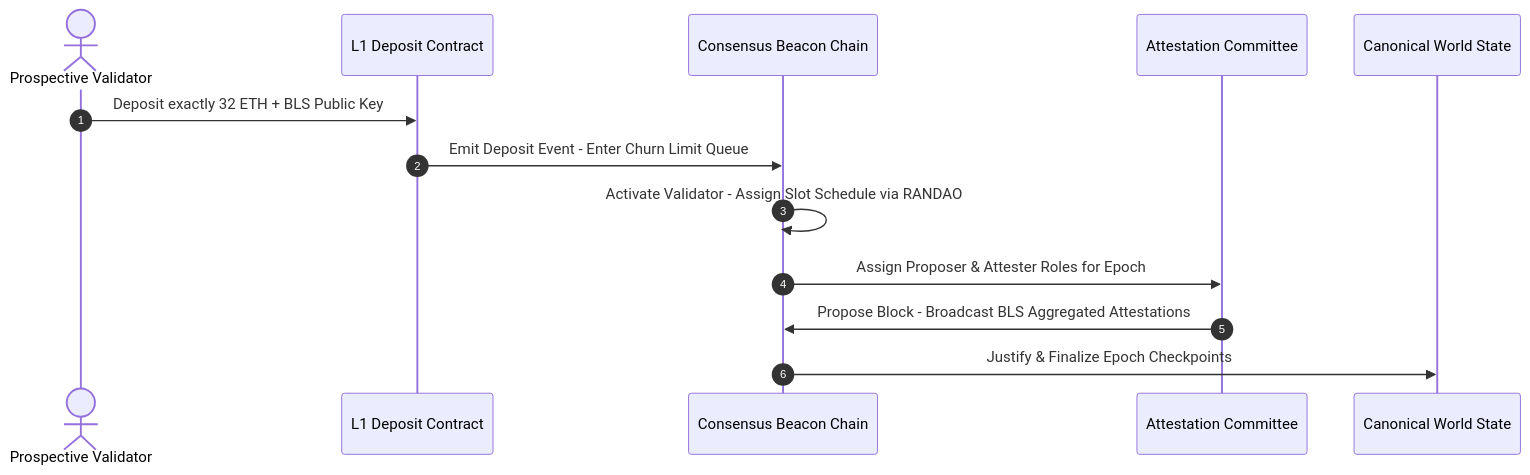
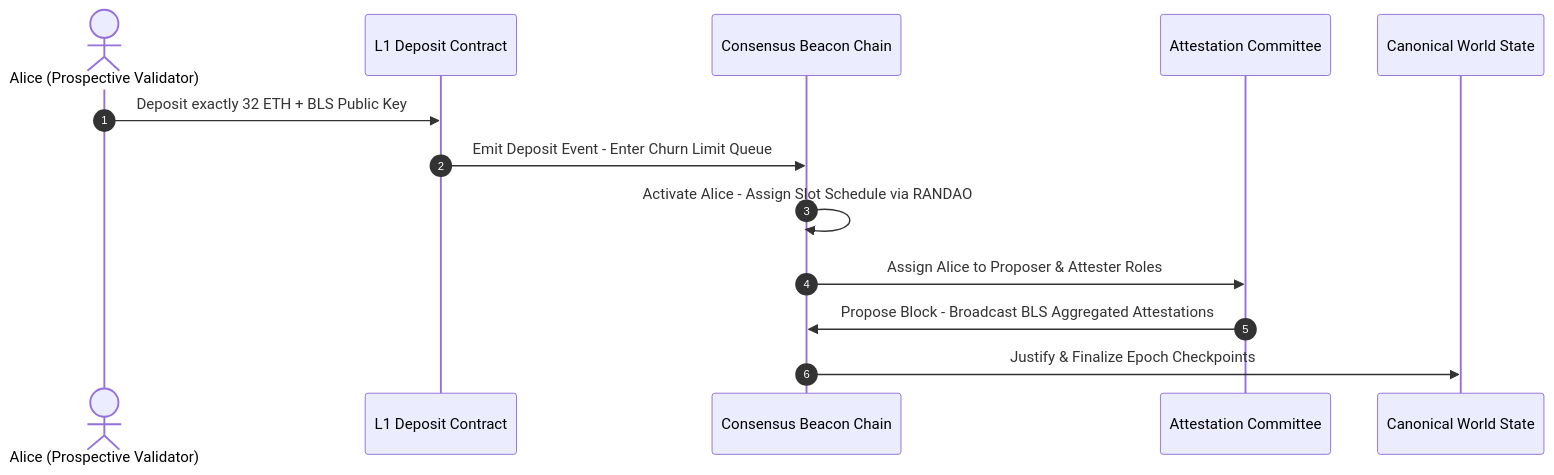
One commit to rafifmsn/modules changed the second of 7 diagrams in docs/learn/fundamentals/03-consensus-and-game-theory/03-proof-of-stake-and-finality-gadgets.md. Above: the diagram before and after it, drawn with Mermaid. The commit also changed other lines of this file and 26 other files, not shown here.

Commit message:
refactor(docs): refine narrative flow, historical depth, and personas across fundamentals track

````diff
--- a/docs/learn/fundamentals/03-consensus-and-game-theory/03-proof-of-stake-and-finality-gadgets.md
+++ b/docs/learn/fundamentals/03-consensus-and-game-theory/03-proof-of-stake-and-finality-gadgets.md
@@ -55,16 +55,16 @@
 ```mermaid
 sequenceDiagram
     autonumber
-    actor Staker as Prospective Validator
+    actor Alice as Alice (Prospective Validator)
     participant Dep as L1 Deposit Contract
     participant Beacon as Consensus Beacon Chain
     participant Comm as Attestation Committee
     participant State as Canonical World State
 
-    Staker->>Dep: Deposit exactly 32 ETH + BLS Public Key
+    Alice->>Dep: Deposit exactly 32 ETH + BLS Public Key
     Dep->>Beacon: Emit Deposit Event - Enter Churn Limit Queue
-    Beacon->>Beacon: Activate Validator - Assign Slot Schedule via RANDAO
-    Beacon->>Comm: Assign Proposer & Attester Roles for Epoch
+    Beacon->>Beacon: Activate Alice - Assign Slot Schedule via RANDAO
+    Beacon->>Comm: Assign Alice to Proposer & Attester Roles
     Comm->>Beacon: Propose Block - Broadcast BLS Aggregated Attestations
     Beacon->>State: Justify & Finalize Epoch Checkpoints
 ```
````
